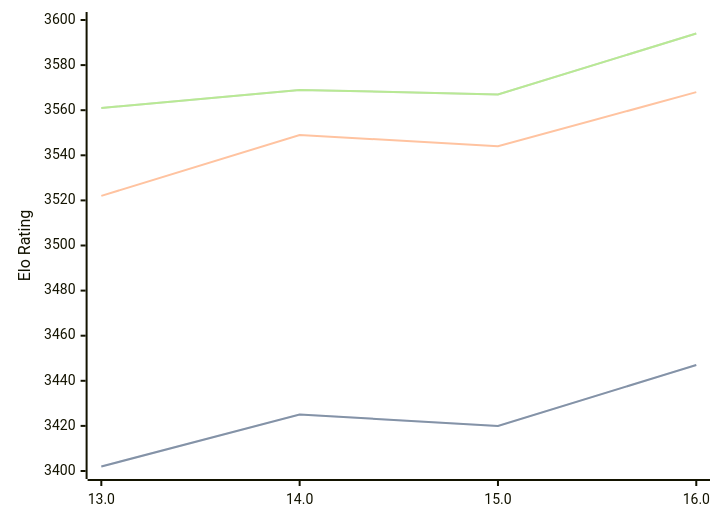
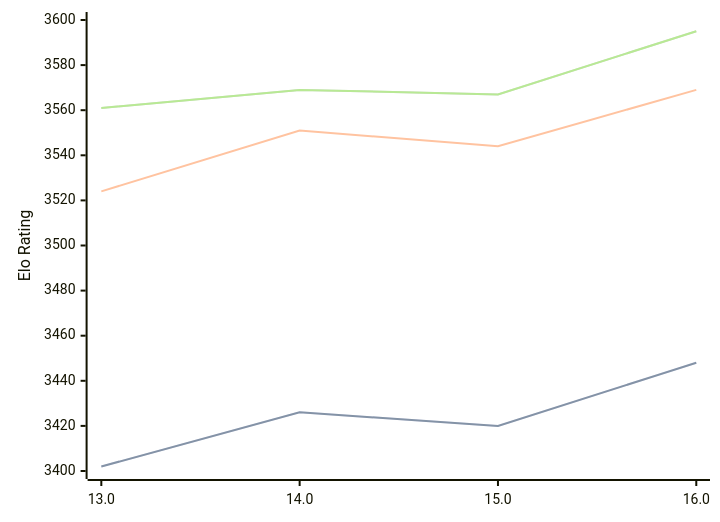
The diagram in engines/Obsidian.md (computer-chess-index/cci), drawn with Mermaid before and after one commit. The commit also changed other lines of this file, not shown here.

Commit message:
Update CCI Ratings (ELO VLTC) - 2026-09-27

````diff
--- a/engines/Obsidian.md
+++ b/engines/Obsidian.md
@@ -34,11 +34,11 @@
 ```mermaid
 %%{init: {"theme":"base","themeVariables":{"seriesColors:['#a3a3a3','#222221','#faa371']}}}%%
 xychart-beta
   x-axis ["13.0", "14.0", "15.0", "16.0"]
   y-axis "Elo Rating" 3400 --> 3600
-  line "" [3402, 3425, 3420, 3447]
-  line "STC (8.0+0.08s)" [3402, 3425, 3420, 3447]
-  line "LTC (60.0+0.60s)" [3522, 3549, 3544, 3568]
-  line "" [3561, 3569, 3567, 3594]
-  line "VLTC (2m24s+1.12s)" [3561, 3569, 3567, 3594]
+  line "" [3402, 3426, 3420, 3448]
+  line "STC (8.0+0.08s)" [3402, 3426, 3420, 3448]
+  line "LTC (60.0+0.60s)" [3524, 3551, 3544, 3569]
+  line "" [3561, 3569, 3567, 3595]
+  line "VLTC (2m24s+1.12s)" [3561, 3569, 3567, 3595]
 ```
````
